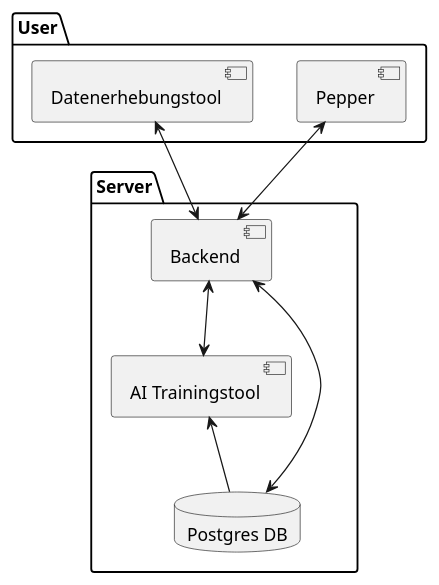
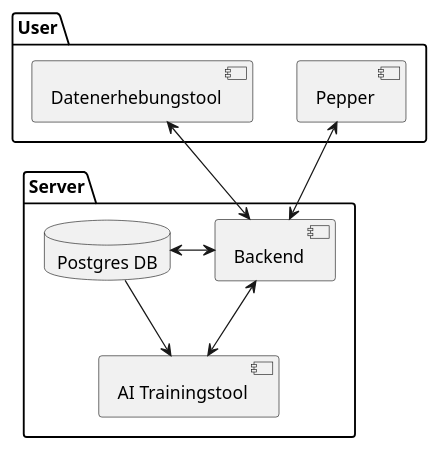
One commit to PepperFramework/artifacts changed the diagram in docs/backend/componentDiagram.puml. Above: the diagram before and after it, drawn with PlantUML. The commit also changed 1 other file, not shown here.

Commit message:
Added backend diagram description

```diff
--- a/docs/backend/componentDiagram.puml
+++ b/docs/backend/componentDiagram.puml
@@ -1,19 +1,17 @@
-@startuml
+@startuml componentDiagram
 package "User" {
   [Pepper]
   [Datenerhebungstool]
 }
 
 package "Server" {
   [Backend] <--> [AI Trainingstool]
   [Pepper] <--> [Backend]
   [Datenerhebungstool] <--> [Backend]
 
-  database "Postgres DB" {
-
-  }
+  database "Postgres DB"
 }
 
 [AI Trainingstool] <-- [Postgres DB]
-[Backend] <--> [Postgres DB]
+[Backend] <-left-> [Postgres DB]
 @enduml
```
